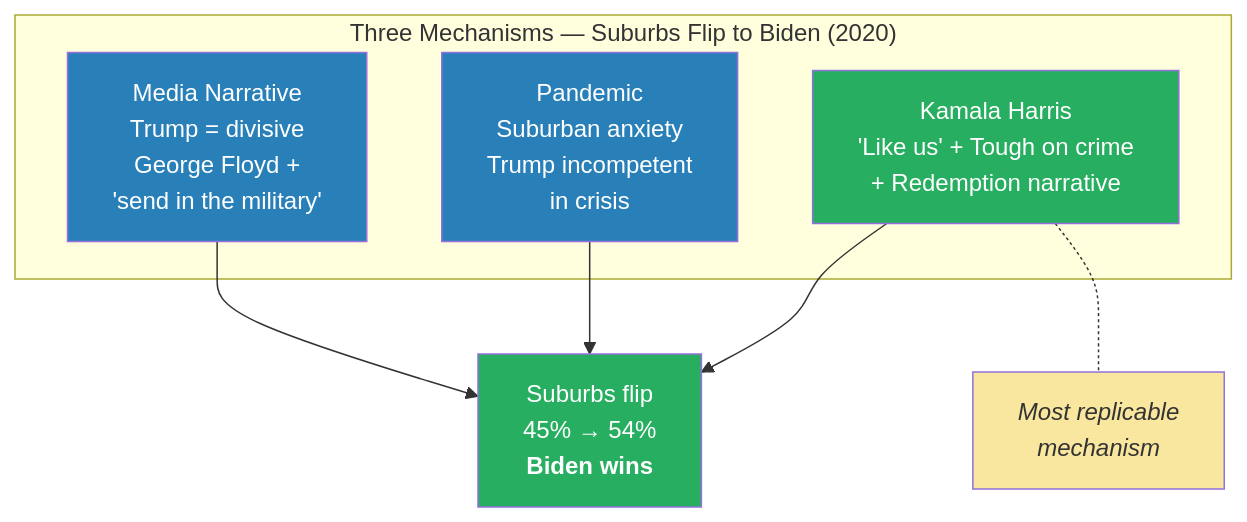
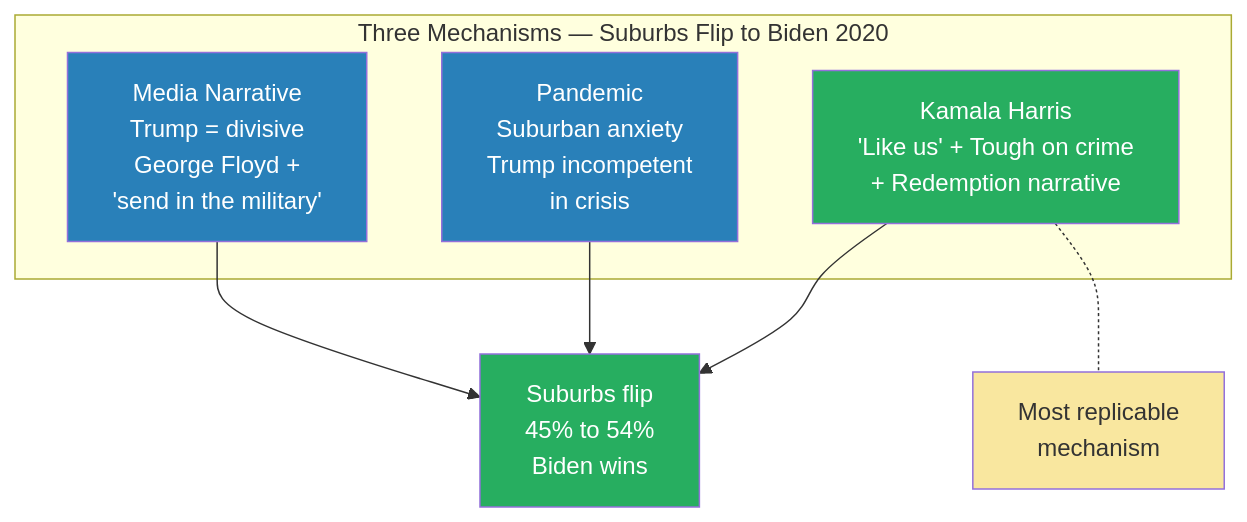
Before and after one commit to alius33/reader: the fourth of 9 diagrams in summaries/Lectures/Geo-Strategy/05 - Why Trump Will Win.md, drawn with Mermaid. The commit also changed other lines of this file and 26 other files, not shown here.

````diff
--- a/summaries/Lectures/Geo-Strategy/05 - Why Trump Will Win.md
+++ b/summaries/Lectures/Geo-Strategy/05 - Why Trump Will Win.md
@@ -314,17 +212,17 @@
 ```mermaid
 flowchart TB
-    subgraph "Three Mechanisms — Suburbs Flip to Biden (2020)"
+    subgraph "Three Mechanisms — Suburbs Flip to Biden 2020"
         M1["Media Narrative<br/>Trump = divisive<br/>George Floyd +<br/>'send in the military'"]
         M2["Pandemic<br/>Suburban anxiety<br/>Trump incompetent<br/>in crisis"]
         M3["Kamala Harris<br/>'Like us' + Tough on crime<br/>+ Redemption narrative"]
     end
-    M1 --> FLIP["Suburbs flip<br/>45% → 54%<br/><b>Biden wins</b>"]
+    M1 --> FLIP["Suburbs flip<br/>45% to 54%<br/>Biden wins"]
     M2 --> FLIP
     M3 --> FLIP
-    M3 -.- KEY["<i>Most replicable<br/>mechanism</i>"]
+    M3 -.- KEY["Most replicable<br/>mechanism"]
     style M1 fill:#2980b9,color:#fff
     style M2 fill:#2980b9,color:#fff
     style M3 fill:#27ae60,color:#fff
     style FLIP fill:#27ae60,color:#fff
     style KEY fill:#f9e79f,color:#333
 ```
````
